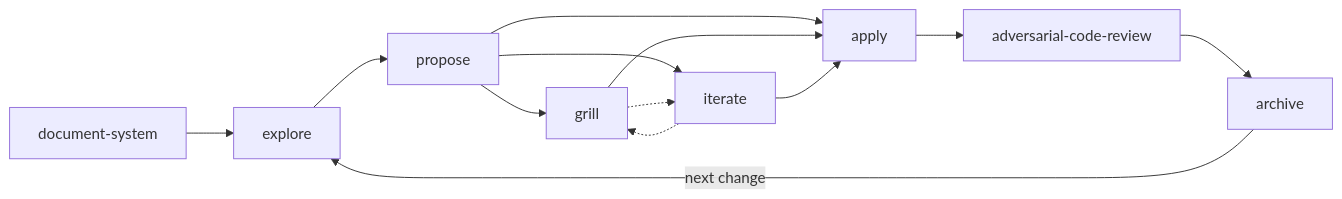
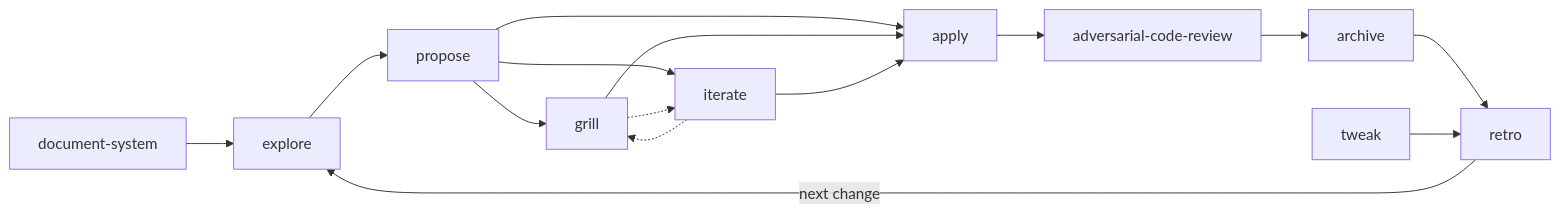
The first of 2 diagrams in README.md (tillg/till-claude-code-marketplace), drawn with Mermaid before and after one commit. The commit also changed other lines of this file and 28 other files, not shown here.

First line of the commit message:
spec 12.0.0, autonomous 2.0.0: Pocock-inspired flow

````diff
--- a/README.md
+++ b/README.md
@@ -113,15 +113,17 @@
 ```mermaid
 graph LR
     DS[document-system] --> E[explore]
     E --> P[propose]
     P --> G[grill]
     P --> I[iterate]
     G -.-> I
     I -.-> G
     P --> A[apply]
     G --> A
     I --> A
     A --> R[adversarial-code-review]
     R --> AR[archive]
-    AR -->|next change| E
+    AR --> RT[retro]
+    RT -->|next change| E
+    T[tweak] --> RT
 ```
````
